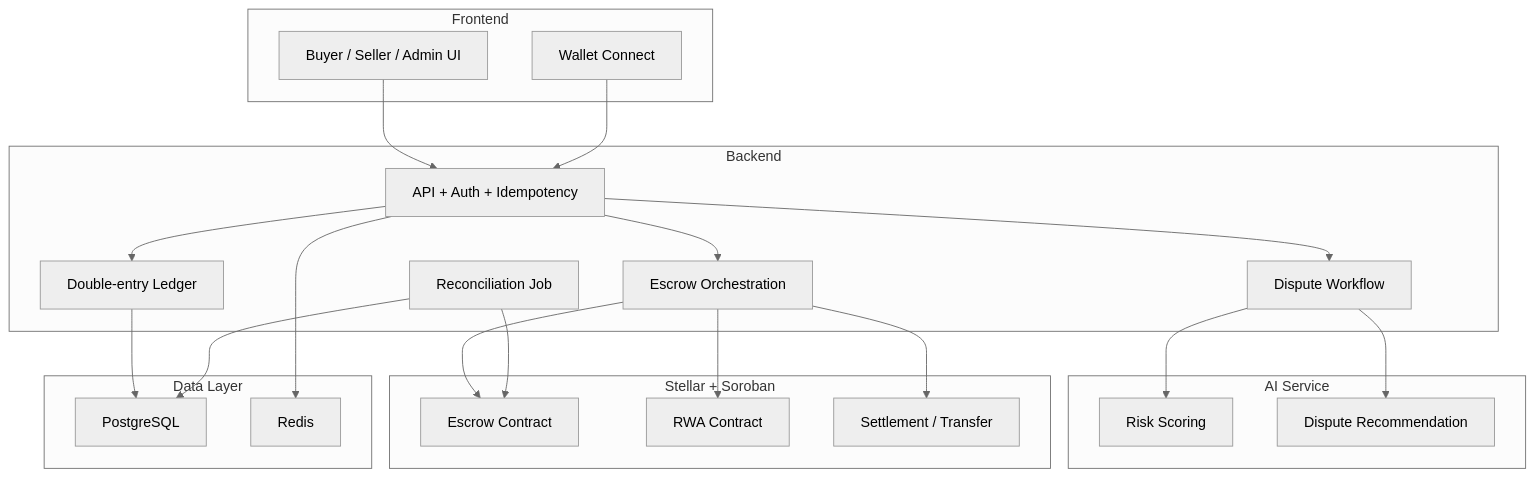
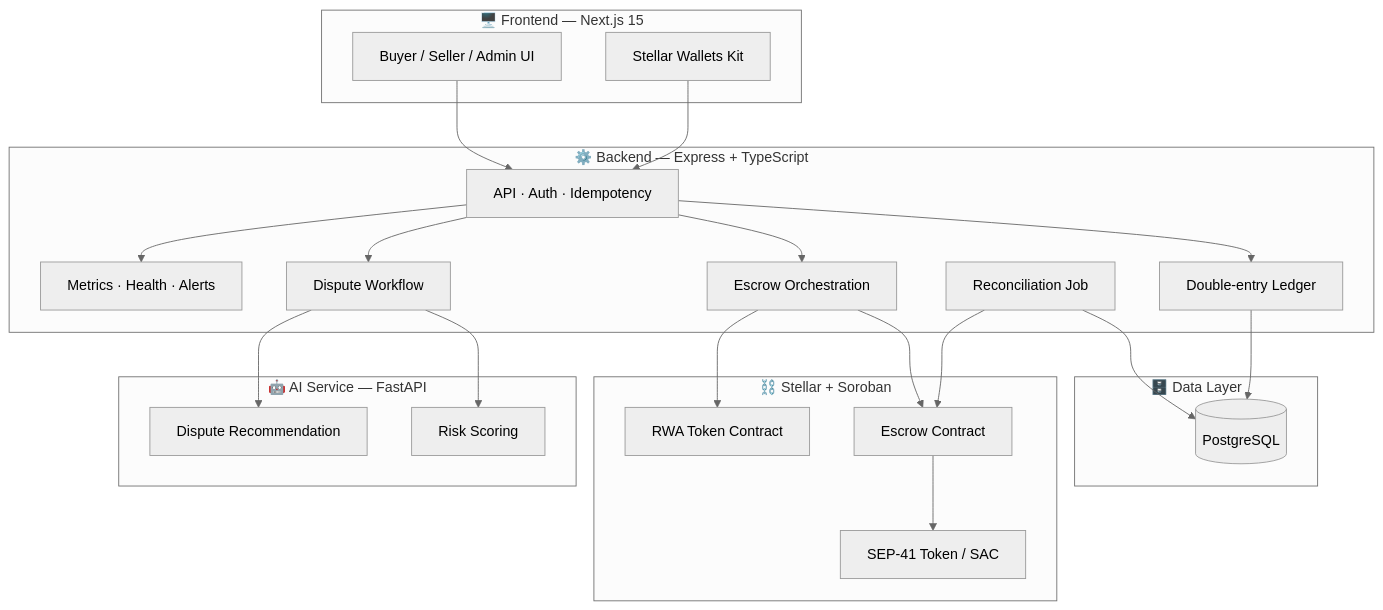
One commit to Soumen1080/StellarTrust changed the first of 4 diagrams in README.md. Above: the diagram before and after it, drawn with Mermaid (neutral theme). The commit also changed other lines of this file and 4 other files, not shown here.

````diff
--- a/README.md
+++ b/README.md
@@ -106,46 +295,46 @@
 ```mermaid
 flowchart TB
-	subgraph Client[Frontend]
-		A[Buyer / Seller / Admin UI]
-		B[Wallet Connect]
-	end
+    subgraph Client["🖥️ Frontend — Next.js 15"]
+        A[Buyer / Seller / Admin UI]
+        B[Stellar Wallets Kit]
+    end
 
-	subgraph Backend[Backend]
-		C[API + Auth + Idempotency]
-		D[Double-entry Ledger]
-		E[Escrow Orchestration]
-		F[Dispute Workflow]
-		G[Reconciliation Job]
-	end
+    subgraph Backend["⚙️ Backend — Express + TypeScript"]
+        C[API · Auth · Idempotency]
+        D[Double-entry Ledger]
+        E[Escrow Orchestration]
+        F[Dispute Workflow]
+        G[Reconciliation Job]
+        M2[Metrics · Health · Alerts]
+    end
 
-	subgraph AI[AI Service]
-		H[Risk Scoring]
-		I[Dispute Recommendation]
-	end
+    subgraph AI["🤖 AI Service — FastAPI"]
+        H[Risk Scoring]
+        I[Dispute Recommendation]
+    end
 
-	subgraph Chain[Stellar + Soroban]
-		J[Escrow Contract]
-		K[RWA Contract]
-		L[Settlement / Transfer]
-	end
+    subgraph Chain["⛓️ Stellar + Soroban"]
+        J[Escrow Contract]
+        K[RWA Token Contract]
+        L[SEP-41 Token / SAC]
+    end
 
-	subgraph Data[Data Layer]
-		M[PostgreSQL]
-		N[Redis]
-	end
+    subgraph Data["🗄️ Data Layer"]
+        M[(PostgreSQL)]
+    end
 
-	A --> C
-	B --> C
-	C --> D
-	C --> E
-	C --> F
-	F --> H
-	F --> I
-	E --> J
-	E --> L
-	E --> K
-	D --> M
-	C --> N
-	G --> M
-	G --> J
+    A --> C
+    B --> C
+    C --> D
+    C --> E
+    C --> F
+    C --> M2
+    F --> H
+    F --> I
+    E --> J
+    E --> K
+    J --> L
+    D --> M
+    G --> M
+    G --> J
 ```
````
